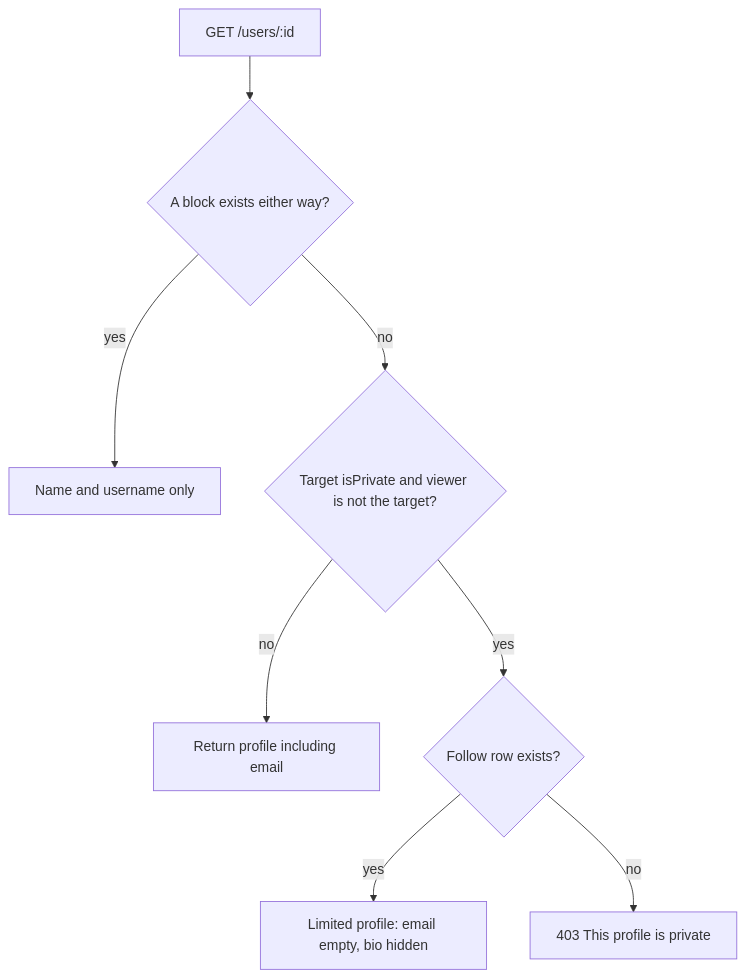
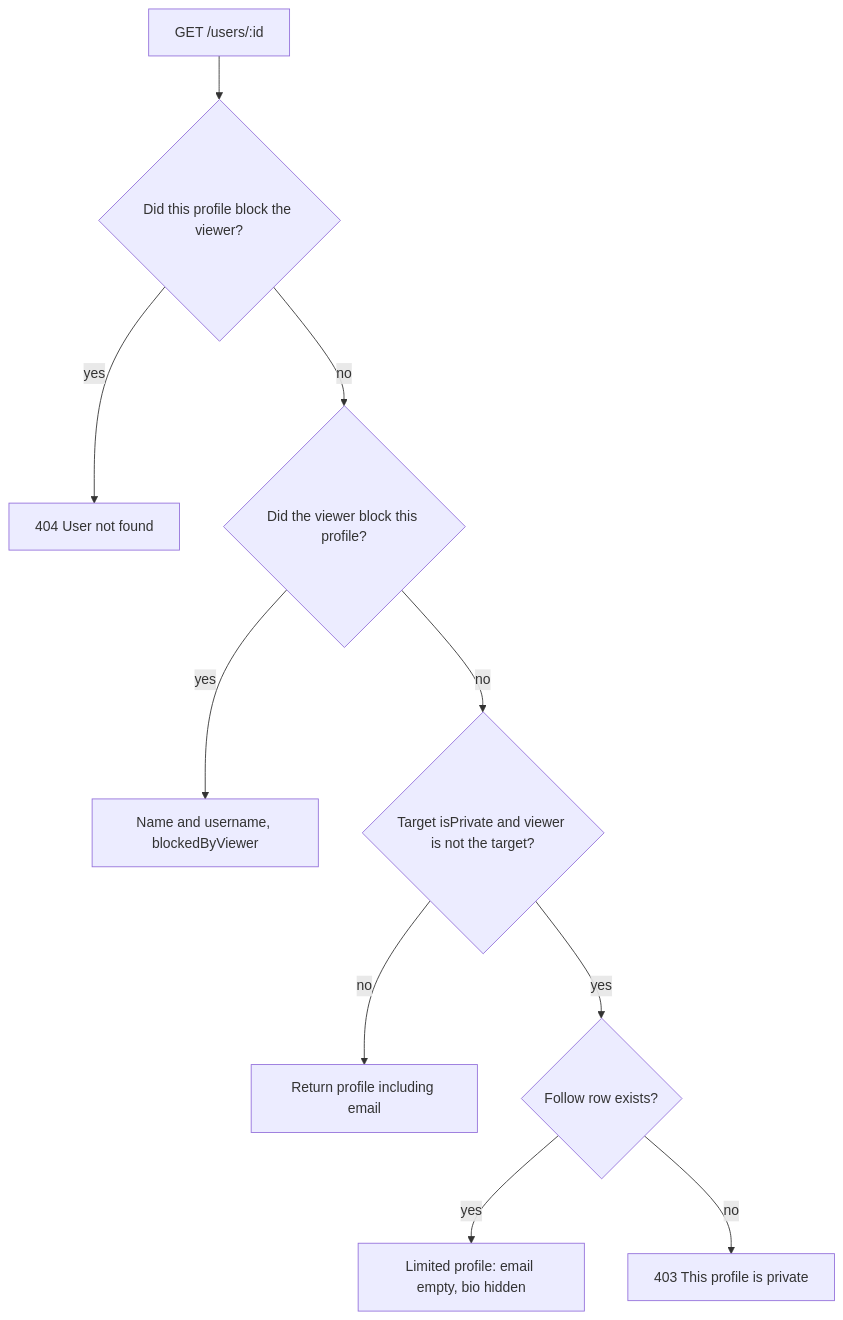
The first of 2 diagrams in documentations/technical/03-profiles-and-privacy.md (bagariaraj23/Trav-Flut), drawn with Mermaid before and after one commit. The commit also changed other lines of this file and 9 other files, not shown here.

````diff
--- a/documentations/technical/03-profiles-and-privacy.md
+++ b/documentations/technical/03-profiles-and-privacy.md
@@ -30,10 +30,12 @@
 ```mermaid
 flowchart TD
-  Start["GET /users/:id"] --> Block{"A block exists either way?"}
-  Block -->|yes| Partial["Name and username only"]
-  Block -->|no| Priv{"Target isPrivate and viewer is not the target?"}
+  Start["GET /users/:id"] --> Missing{"Did this profile block the viewer?"}
+  Missing -->|yes| Gone["404 User not found"]
+  Missing -->|no| Own{"Did the viewer block this profile?"}
+  Own -->|yes| Partial["Name and username, blockedByViewer"]
+  Own -->|no| Priv{"Target isPrivate and viewer is not the target?"}
   Priv -->|no| Full["Return profile including email"]
   Priv -->|yes| Follow{"Follow row exists?"}
   Follow -->|yes| Limited["Limited profile: email empty, bio hidden"]
   Follow -->|no| Deny["403 This profile is private"]
 ```
````
